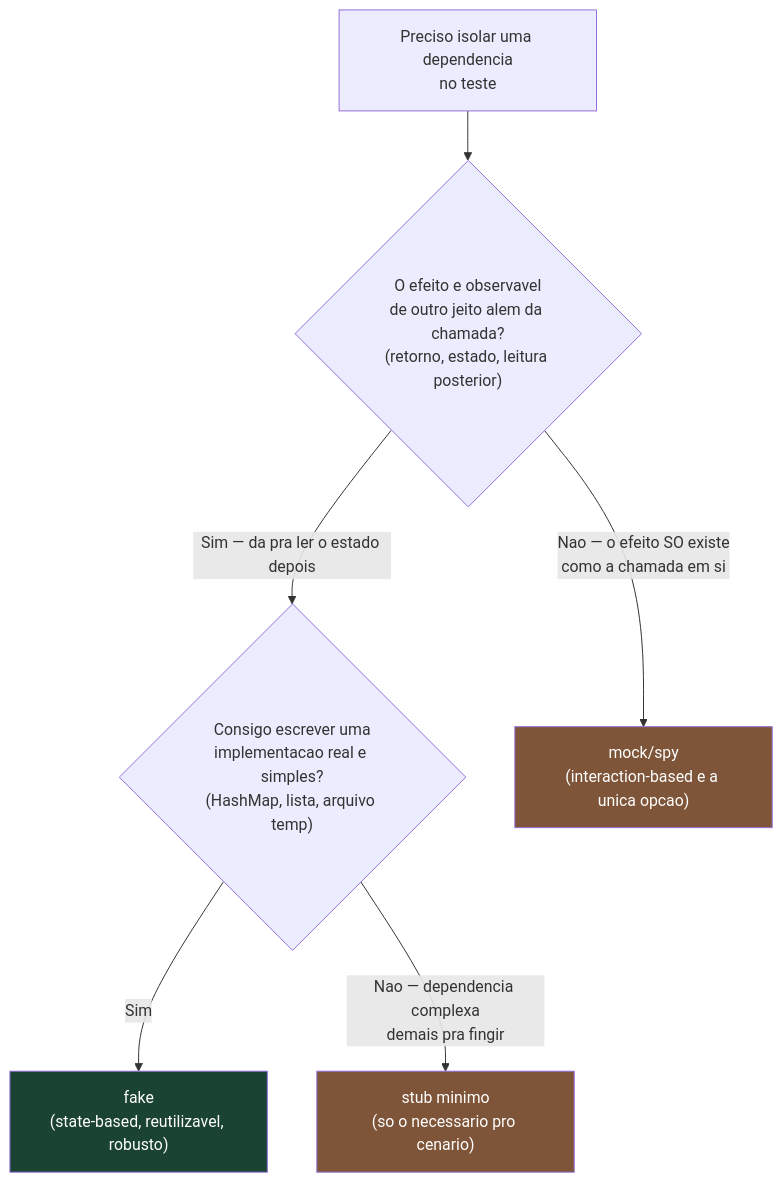
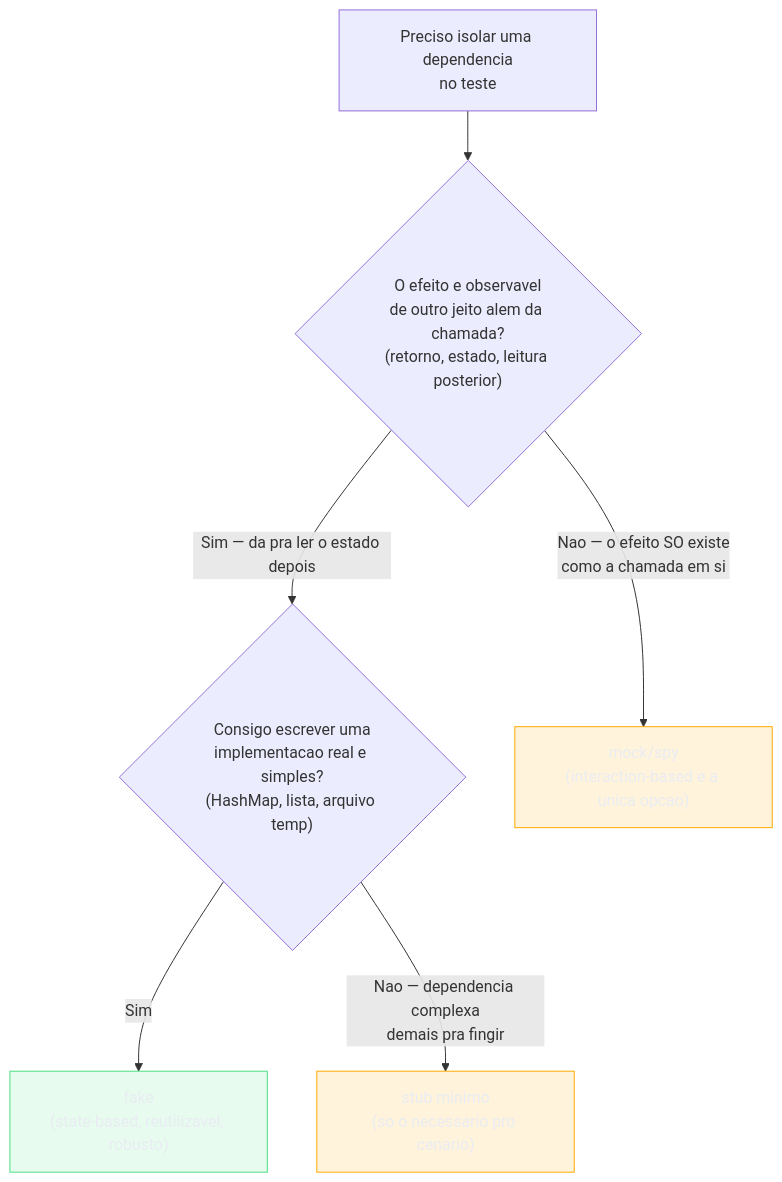
One commit to josenaldo/codex-technomanticus changed the fourth of 5 diagrams in 03-Dominios/Engenharia/Testes/06 - Testar comportamento, não implementação.md. Above: the diagram before and after it, drawn with Mermaid. The commit also changed other lines of this file and 1181 other files, not shown here.

First line of the commit message:
fix(diagramas): paleta do sistema no lugar de cor cravada no markdown

````diff
--- a/03-Dominios/Engenharia/Testes/06 - Testar comportamento, não implementação.md
+++ b/03-Dominios/Engenharia/Testes/06 - Testar comportamento, não implementação.md
@@ -243,12 +248,14 @@
 ```mermaid
 flowchart TD
+    classDef ok fill:#4ADE8021,stroke:#4ADE80,color:#E9ECF2
+    classDef destaque fill:#FFAA0024,stroke:#FFAA00,color:#E9ECF2
     A["Preciso isolar uma dependencia<br/>no teste"] --> B{"O efeito e observavel<br/>de outro jeito alem da chamada?<br/>(retorno, estado, leitura posterior)"}
     B -->|"Sim — da pra ler o estado depois"| C{"Consigo escrever uma<br/>implementacao real e simples?<br/>(HashMap, lista, arquivo temp)"}
     B -->|"Nao — o efeito SO existe<br/>como a chamada em si"| D["mock/spy<br/>(interaction-based e a unica opcao)"]
     C -->|"Sim"| E["fake<br/>(state-based, reutilizavel, robusto)"]
     C -->|"Nao — dependencia complexa<br/>demais pra fingir"| F["stub minimo<br/>(so o necessario pro cenario)"]
 
-    style E fill:#1b4332,color:#fff
-    style D fill:#7f5539,color:#fff
-    style F fill:#7f5539,color:#fff
+    class E ok
+    class D destaque
+    class F destaque
 ```
````
